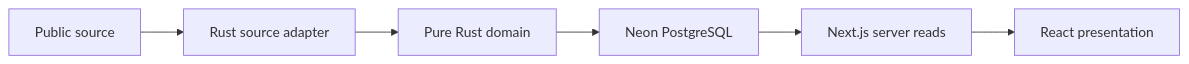
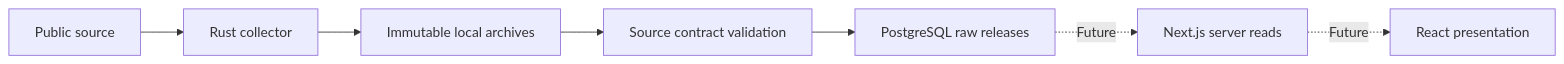
The diagram in ARCHITECTURE.md (gregorsternat/gradavia), drawn with Mermaid before and after one commit. The commit also changed other lines of this file and 64 other files, not shown here.

````diff
--- a/ARCHITECTURE.md
+++ b/ARCHITECTURE.md
@@ -5,8 +5,9 @@
 ```mermaid
 flowchart LR
-  Source[Public source] --> Adapter[Rust source adapter]
-  Adapter --> Domain[Pure Rust domain]
-  Domain --> Store[Neon PostgreSQL]
-  Store --> Server[Next.js server reads]
-  Server --> UI[React presentation]
+  Source[Public source] --> Adapter[Rust collector]
+  Adapter --> Archive[Immutable local archives]
+  Archive --> Validation[Source contract validation]
+  Validation --> Store[PostgreSQL raw releases]
+  Store -. Future .-> Server[Next.js server reads]
+  Server -. Future .-> UI[React presentation]
 ```
````
